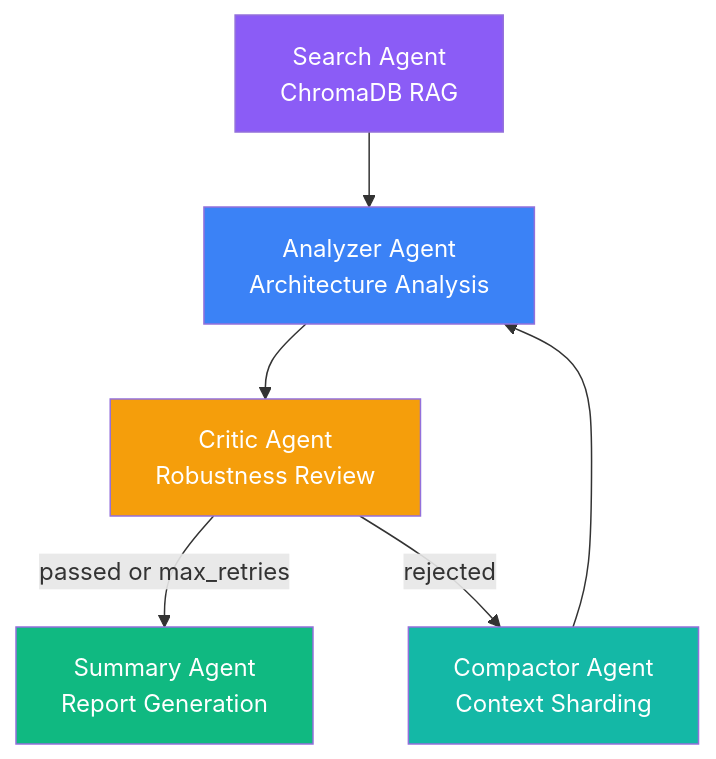
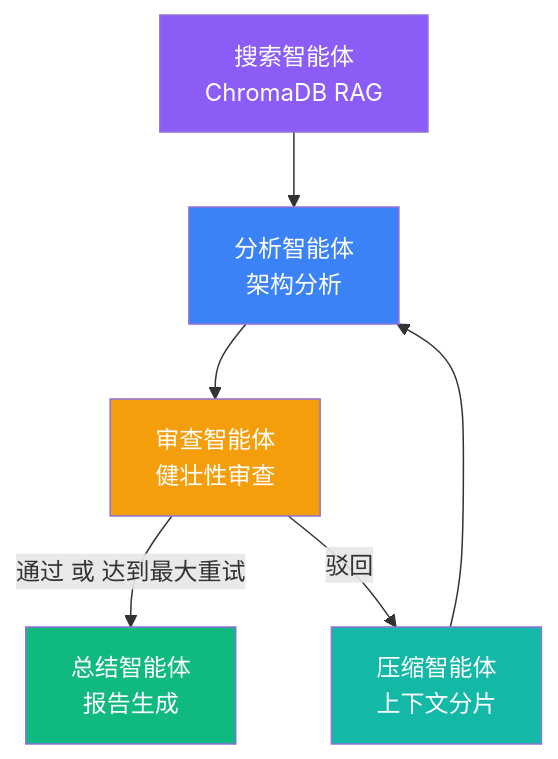
One commit to miemie098/Miemie-MultiAgent-Solver changed the diagram in README.md. Above: the diagram before and after it, drawn with Mermaid. The commit also changed other lines of this file and 5 other files, not shown here.

````diff
--- a/README.md
+++ b/README.md
@@ -22,14 +22,14 @@
 ```mermaid
 graph TD
-    SEARCH[Search Agent<br/>ChromaDB RAG] --> ANALYZER[Analyzer Agent<br/>Architecture Analysis]
-    ANALYZER --> CRITIC[Critic Agent<br/>Robustness Review]
-    CRITIC -->|passed or max_retries| SUMMARY[Summary Agent<br/>Report Generation]
-    CRITIC -->|rejected| COMPACTOR[Compactor Agent<br/>Context Sharding]
+    SEARCH[搜索智能体<br/>ChromaDB RAG] --> ANALYZER[分析智能体<br/>架构分析]
+    ANALYZER --> CRITIC[审查智能体<br/>健壮性审查]
+    CRITIC -->|通过 或 达到最大重试| SUMMARY[总结智能体<br/>报告生成]
+    CRITIC -->|驳回| COMPACTOR[压缩智能体<br/>上下文分片]
     COMPACTOR --> ANALYZER
 
     style SEARCH fill:#8b5cf6,color:#fff
     style ANALYZER fill:#3b82f6,color:#fff
     style CRITIC fill:#f59e0b,color:#fff
     style COMPACTOR fill:#14b8a6,color:#fff
     style SUMMARY fill:#10b981,color:#fff
 ```
````
